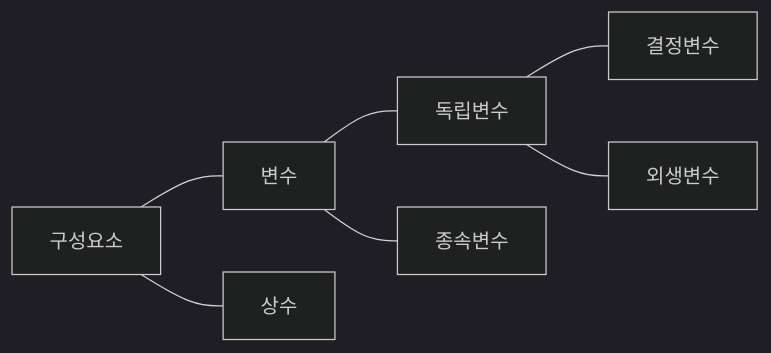
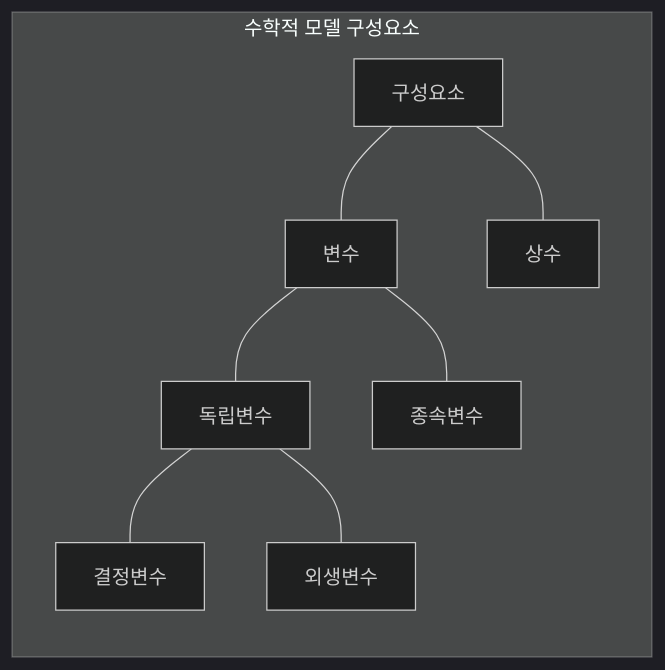
The fifth of 11 diagrams in 6-4.경영과학(OR).qmd (yeonkyupark/PEPC), drawn with Mermaid (dark theme) before and after one commit.

````diff
--- a/6-4.경영과학(OR).qmd
+++ b/6-4.경영과학(OR).qmd
@@ -229,8 +229,9 @@
 ```{mermaid}
   flowchart LR
-  
+  subgraph sg1["수학적 모델 구성요소"]
   구성요소 --- 변수 & 상수
   변수 --- 독립변수 & 종속변수
   독립변수 --- 결정변수 & 외생변수
+  end
   
 ```
````
